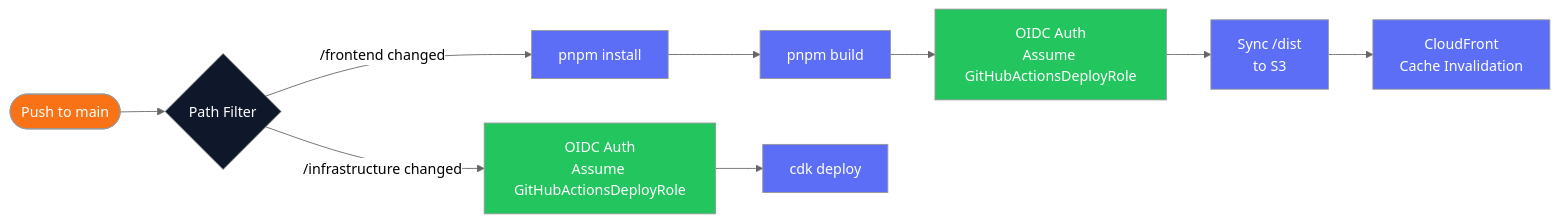
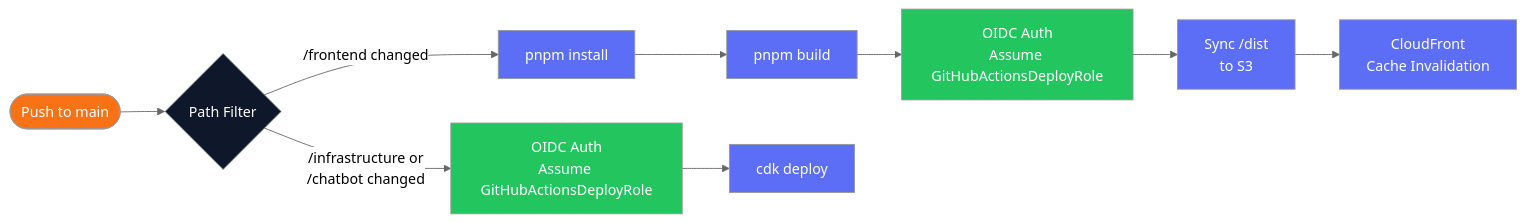
Before and after one commit to CumulusCycles/EverydayAI-Tutor: the second of 5 diagrams in docs/tech/architecture-diagram.md, drawn with Mermaid (neutral theme). The commit also changed other lines of this file, not shown here.

First line of the commit message:
docs: update architecture diagram to reflect chatbot going live

````diff
--- a/docs/tech/architecture-diagram.md
+++ b/docs/tech/architecture-diagram.md
@@ -44,21 +44,21 @@
 ```mermaid
 flowchart LR
     A([Push to main]) --> B{Path Filter}
     B -->|/frontend changed| C[pnpm install]
     C --> D[pnpm build]
     D --> E[OIDC Auth\nAssume GitHubActionsDeployRole]
     E --> F[Sync /dist\nto S3]
     F --> G[CloudFront\nCache Invalidation]
-    B -->|/infrastructure changed| H[OIDC Auth\nAssume GitHubActionsDeployRole]
+    B -->|/infrastructure or\n/chatbot changed| H[OIDC Auth\nAssume GitHubActionsDeployRole]
     H --> I[cdk deploy]
 
     style A fill:#F97316,color:#fff
     style B fill:#0F172A,color:#fff
     style C fill:#5B6EF5,color:#fff
     style D fill:#5B6EF5,color:#fff
     style E fill:#22C55E,color:#fff
     style F fill:#5B6EF5,color:#fff
     style G fill:#5B6EF5,color:#fff
     style H fill:#22C55E,color:#fff
     style I fill:#5B6EF5,color:#fff
 ```
````
